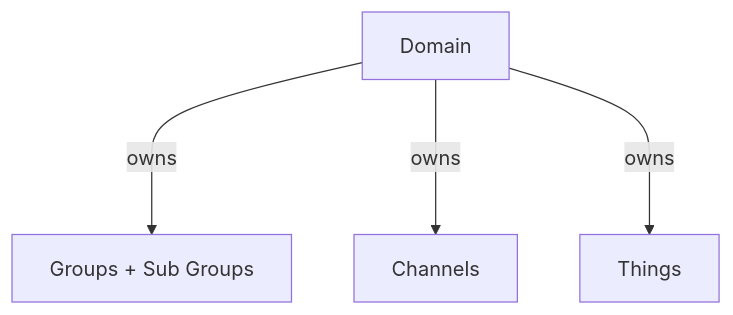
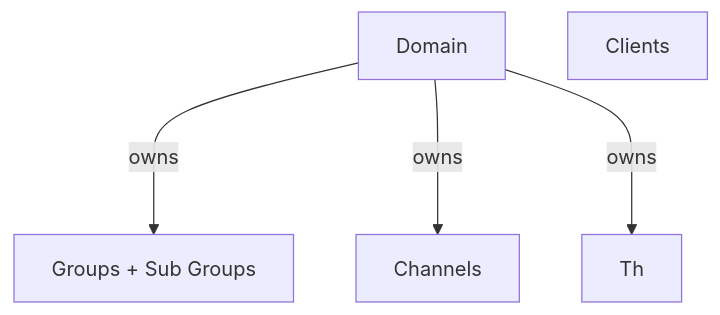
One commit to absmach/magistrala-docs changed the first of 8 diagrams in docs/dev-guide/authorization.md. Above: the diagram before and after it, drawn with Mermaid. The commit also changed other lines of this file and 12 other files, not shown here.

````diff
--- a/docs/dev-guide/authorization.md
+++ b/docs/dev-guide/authorization.md
@@ -18,12 +18,12 @@
 ```mermaid
 graph TD
    Do[Domain]
    Gr["Groups + Sub Groups"]
-   Th[Things]
+   Cl[Clients]
    Ch[Channels]
 
    Do --->|owns| Gr
    Do --->|owns| Ch
    Do --->|owns| Th
 
 ```
````
